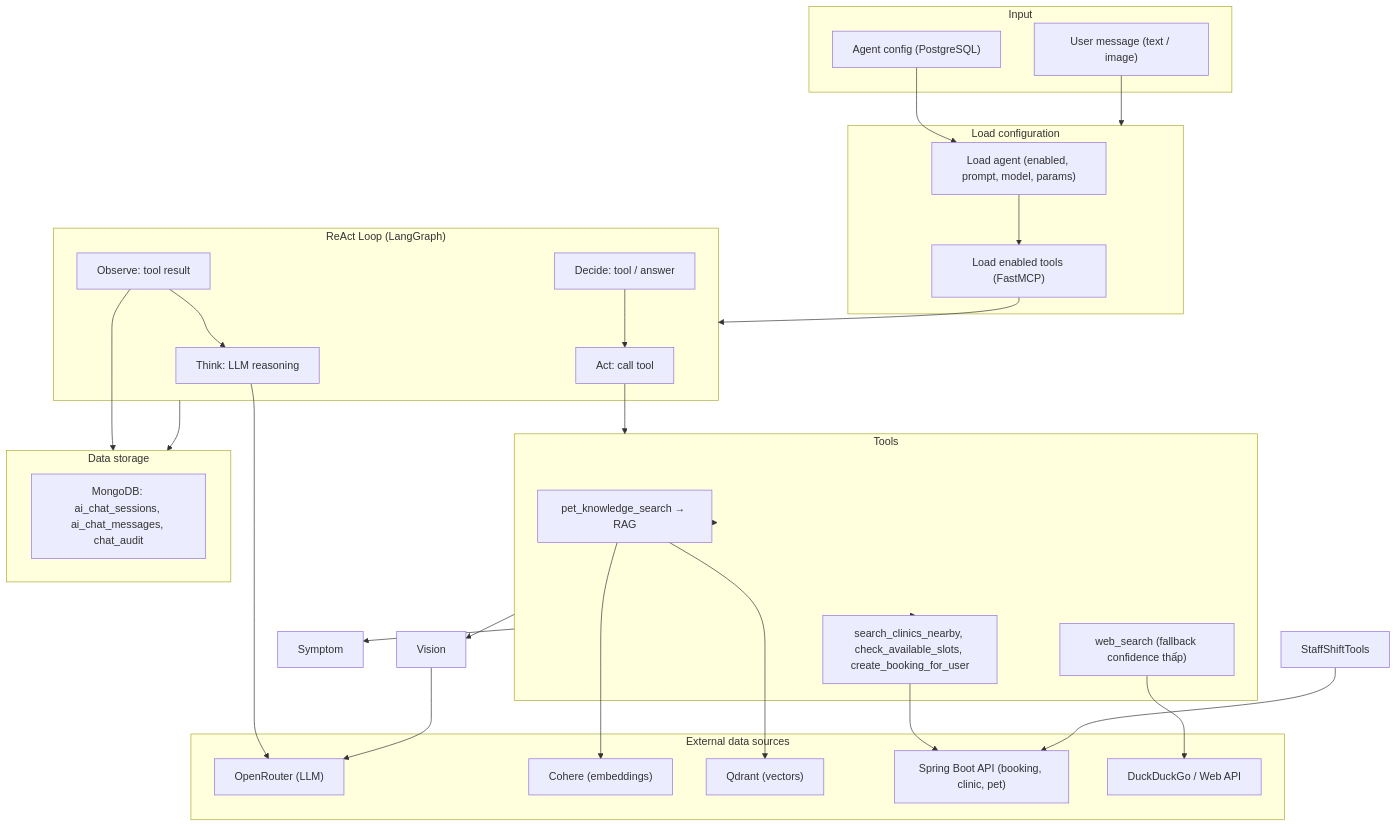
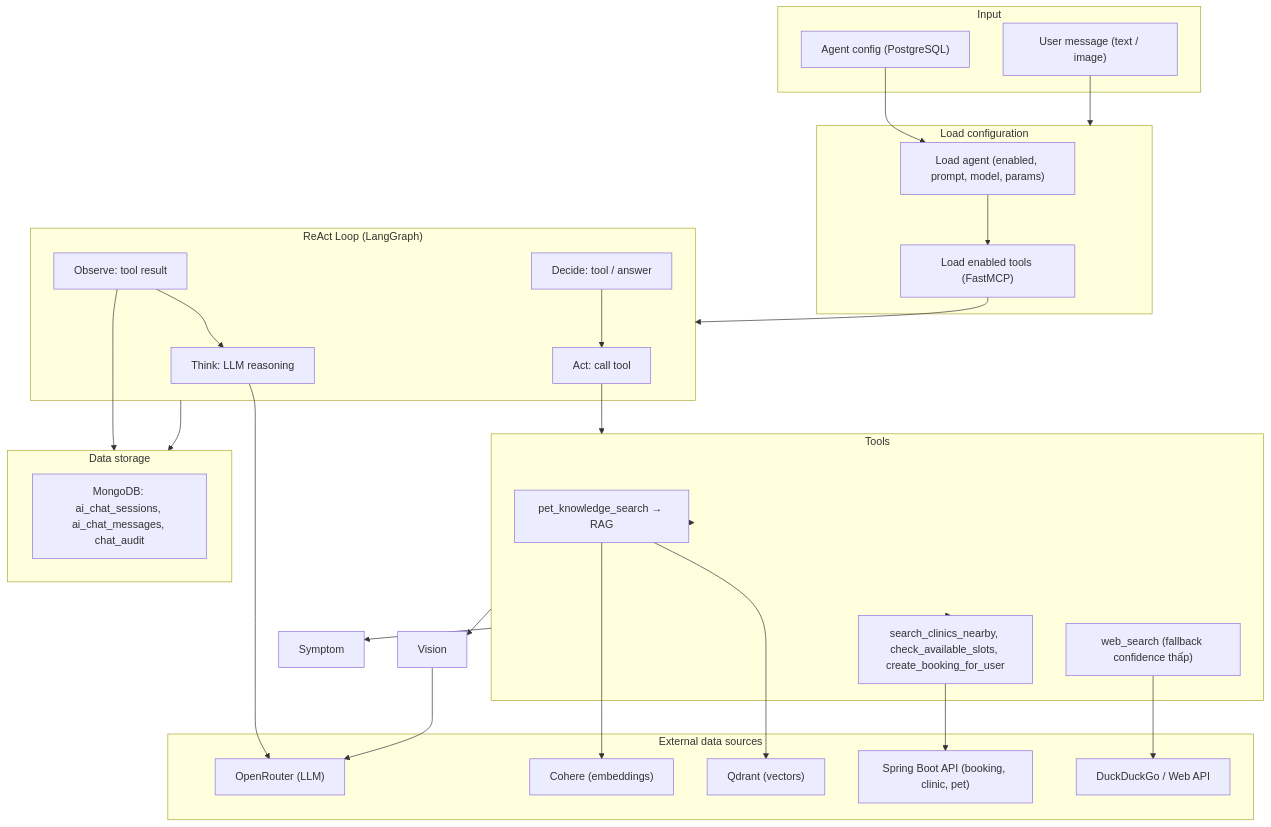
One commit to espresso23/Petties-Veterinary-Appointment-Booking-Platform changed the first of 13 diagrams in docs-references/documentation/AI_SERVICE_TECHNICAL_SPECIFICATION.md. Above: the diagram before and after it, drawn with Mermaid. The commit also changed other lines of this file and 57 other files, not shown here.

````diff
--- a/docs-references/documentation/AI_SERVICE_TECHNICAL_SPECIFICATION.md
+++ b/docs-references/documentation/AI_SERVICE_TECHNICAL_SPECIFICATION.md
@@ -115,59 +114,58 @@
 ```mermaid
 flowchart TB
     subgraph Input["Input"]
         UserMessage["User message (text / image)"]
         AgentConfig["Agent config (PostgreSQL)"]
     end
 
     subgraph LoadConfig["Load configuration"]
         LoadAgent["Load agent (enabled, prompt, model, params)"]
         LoadTools["Load enabled tools (FastMCP)"]
     end
 
     subgraph ReActLoop["ReAct Loop (LangGraph)"]
         Think["Think: LLM reasoning"]
         Decide["Decide: tool / answer"]
         Act["Act: call tool"]
         Observe["Observe: tool result"]
     end
 
     subgraph Tools["Tools"]
         RAG["pet_knowledge_search → RAG"]
         Clinic["search_clinics_nearby, check_available_slots, create_booking_for_user"]
         WebSearch["web_search (fallback confidence thấp)"]
     end
 
     subgraph External["External data sources"]
         OpenRouter["OpenRouter (LLM)"]
         Cohere["Cohere (embeddings)"]
         Qdrant["Qdrant (vectors)"]
         SpringBoot["Spring Boot API (booking, clinic, pet)"]
         DuckDuckGo["DuckDuckGo / Web API"]
     end
 
     subgraph Storage["Data storage"]
         MongoChat["MongoDB: ai_chat_sessions, ai_chat_messages, chat_audit"]
     end
 
     UserMessage --> LoadConfig
     AgentConfig --> LoadAgent
     LoadAgent --> LoadTools
     LoadTools --> ReActLoop
 
     Think --> OpenRouter
     Decide --> Act
     Act --> Tools
     Tools --> RAG
     Tools --> Symptom
     Tools --> Clinic
     Tools --> Vision
     RAG --> Cohere
     RAG --> Qdrant
     Clinic --> SpringBoot
-    StaffShiftTools --> SpringBoot
     Vision --> OpenRouter
     WebSearch --> DuckDuckGo
     Observe --> Think
     Observe --> Storage
     ReActLoop --> Storage
 ```
````
